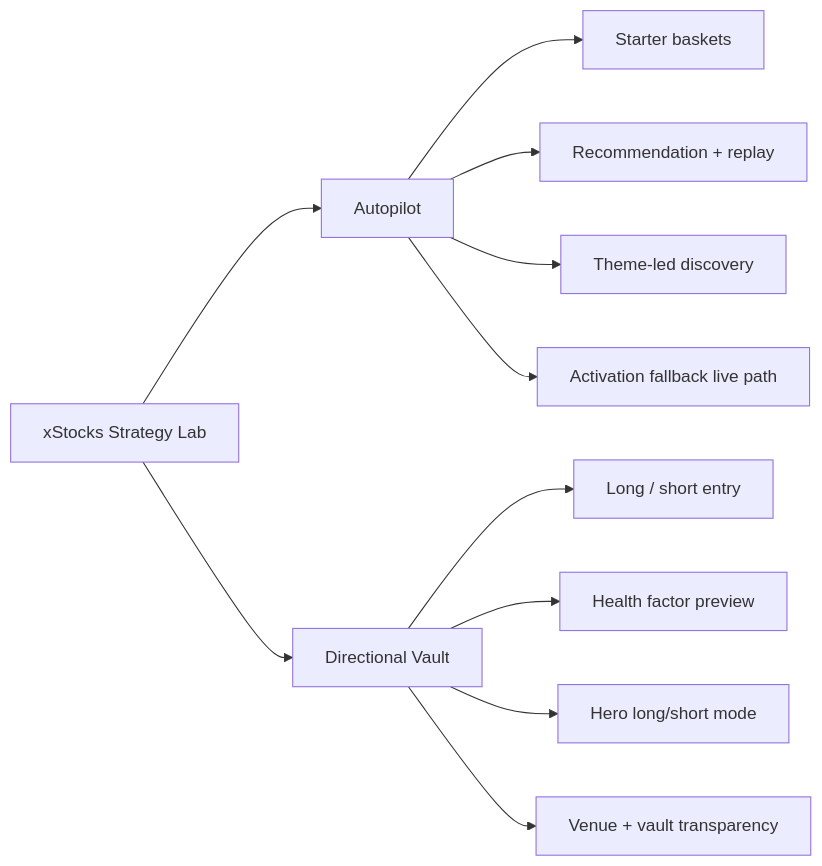
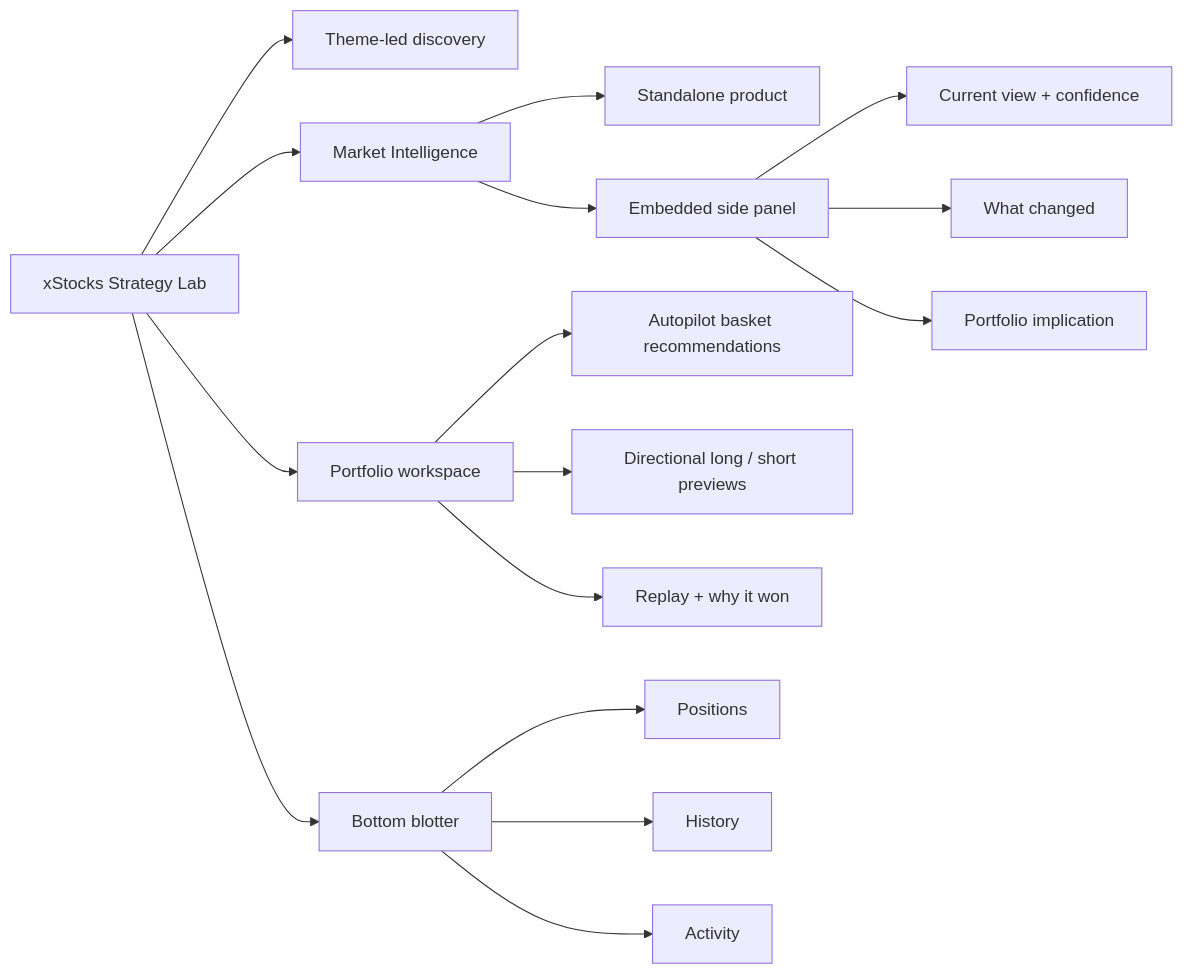
One commit to twentyOne2x/xstocks-strategy-lab changed the second of 3 diagrams in docs/DIAGRAMS.md. Above: the diagram before and after it, drawn with Mermaid. The commit also changed other lines of this file and 1 other file, not shown here.

First line of the commit message:
Align diagrams with intelligence-led terminal architecture

````diff
--- a/docs/DIAGRAMS.md
+++ b/docs/DIAGRAMS.md
@@ -21,13 +33,18 @@
 ```mermaid
 flowchart LR
-    A["xStocks Strategy Lab"] --> B["Autopilot"]
-    A --> C["Directional Vault"]
-    B --> D["Starter baskets"]
-    B --> E["Recommendation + replay"]
-    B --> J["Theme-led discovery"]
-    B --> F["Activation fallback live path"]
-    C --> G["Long / short entry"]
-    C --> H["Health factor preview"]
-    C --> I["Hero long/short mode"]
-    C --> K["Venue + vault transparency"]
+    A["xStocks Strategy Lab"] --> B["Theme-led discovery"]
+    A --> C["Portfolio workspace"]
+    A --> D["Market Intelligence"]
+    A --> E["Bottom blotter"]
+    D --> F["Standalone product"]
+    D --> G["Embedded side panel"]
+    C --> H["Autopilot basket recommendations"]
+    C --> I["Directional long / short previews"]
+    C --> J["Replay + why it won"]
+    G --> K["Current view + confidence"]
+    G --> L["What changed"]
+    G --> M["Portfolio implication"]
+    E --> N["Positions"]
+    E --> O["History"]
+    E --> P["Activity"]
 ```
````
